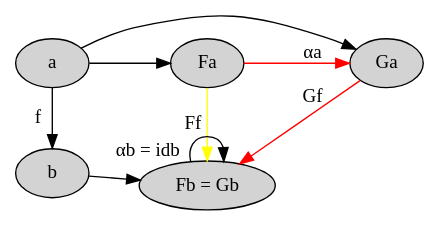
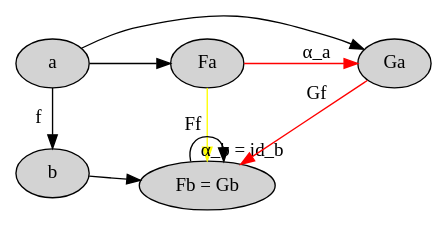
The diagram in chapter17-challenge1-part4.dot (evenbrenden/ct4p-challenges), drawn with Graphviz before and after one commit. The commit also changed 25 other files, not shown here.

```diff
--- a/chapter17-challenge1-part4.dot
+++ b/chapter17-challenge1-part4.dot
@@ -1,22 +1,22 @@
 digraph {
   node [style="filled" color="black" fillcolor="lightgray"]
 
   rankdir=LR
   { rank=same a b }
   { rank=same Fa FbGb }
 
   a [label="a"]
   b [label="b"]
   Fa [label="Fa"]
   Ga [label="Ga"]
   FbGb [label="Fb = Gb"]
 
   a -> b [label="f"]
   a -> Fa
   a -> Ga
   b -> FbGb
-  FbGb -> FbGb [xlabel="αb = idb"]
-  Fa -> Ga [label="αa" color="red"]
+  FbGb -> FbGb [xlabel="α_b = id_b"]
+  Fa -> Ga [label="α_a" color="red"]
   Ga -> FbGb [label="Gf" color="red"]
   Fa -> FbGb [label="Ff" color="yellow"]
 }
```
